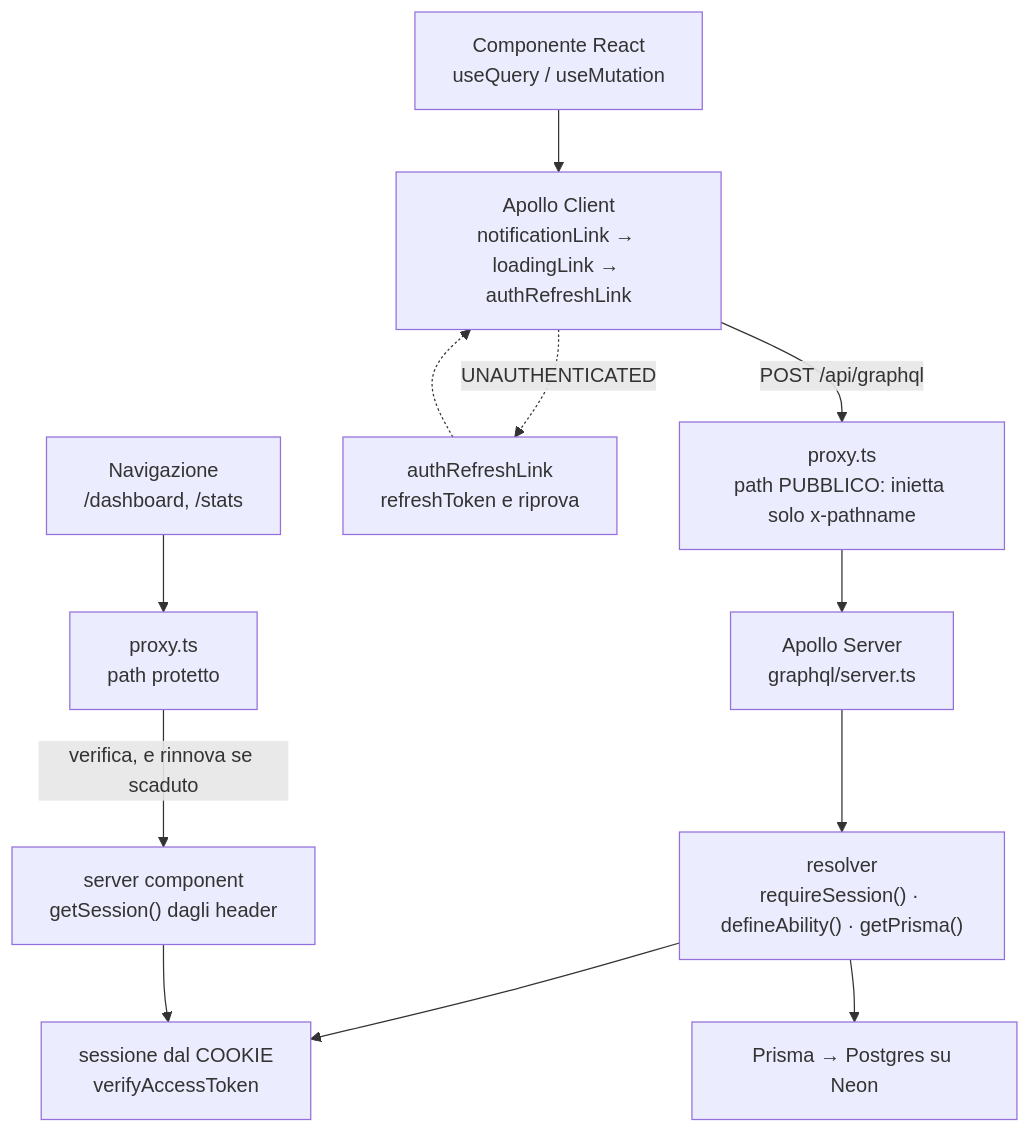
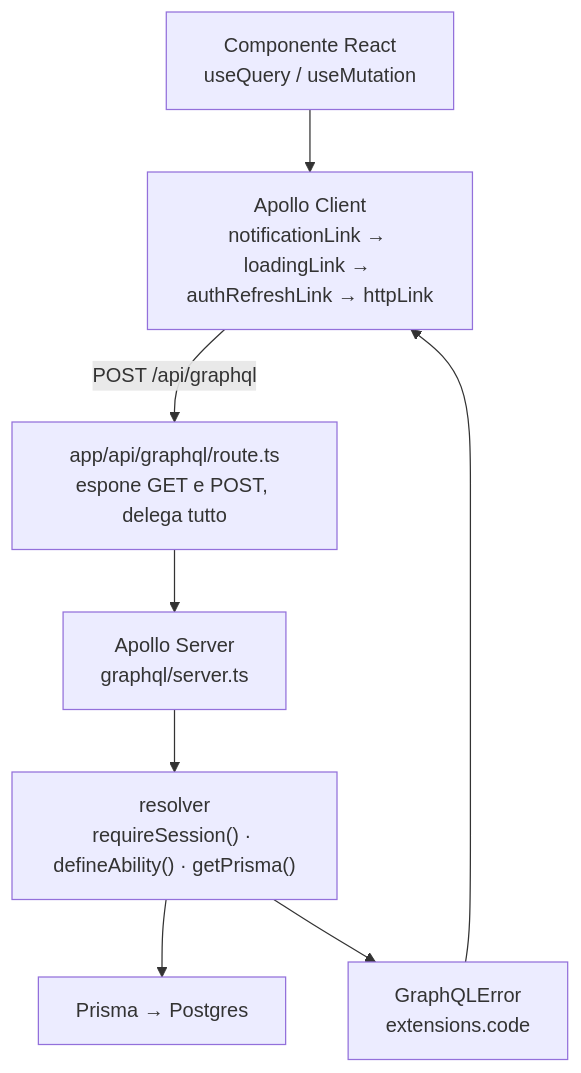
One commit to angelapedicini/helpdesk changed the first of 3 diagrams in docs/architecture/data-flow.md. Above: the diagram before and after it, drawn with Mermaid. The commit also changed other lines of this file and 1 other file, not shown here.

Commit message:
documentazione auth finita

````diff
--- a/docs/architecture/data-flow.md
+++ b/docs/architecture/data-flow.md
@@ -30,16 +17,10 @@
 ```mermaid
 flowchart TD
-    A["Componente React<br/>useQuery / useMutation"] --> C["Apollo Client<br/>notificationLink → loadingLink → authRefreshLink"]
-    C -->|"POST /api/graphql"| P["proxy.ts<br/>path PUBBLICO: inietta solo x-pathname"]
-    P --> D["Apollo Server<br/>graphql/server.ts"]
-    D --> F["resolver<br/>requireSession() · defineAbility() · getPrisma()"]
-    F --> G["sessione dal COOKIE<br/>verifyAccessToken"]
-    F --> H["Prisma → Postgres su Neon"]
-
-    C -.->|"UNAUTHENTICATED"| I["authRefreshLink<br/>refreshToken e riprova"]
-    I -.-> C
-
-    N["Navigazione<br/>/dashboard, /stats"] --> M["proxy.ts<br/>path protetto"]
-    M -->|"verifica, e rinnova se scaduto"| O["server component<br/>getSession() dagli header"]
-    O --> G
+  A["Componente React<br/>useQuery / useMutation"] --> C["Apollo Client<br/>notificationLink → loadingLink → authRefreshLink → httpLink"]
+  C -->|"POST /api/graphql"| R["app/api/graphql/route.ts<br/>espone GET e POST, delega tutto"]
+  R --> D["Apollo Server<br/>graphql/server.ts"]
+  D --> F["resolver<br/>requireSession() · defineAbility() · getPrisma()"]
+  F --> P["Prisma → Postgres"]
+  F --> E["GraphQLError<br/>extensions.code"]
+  E --> C
 ```
````
